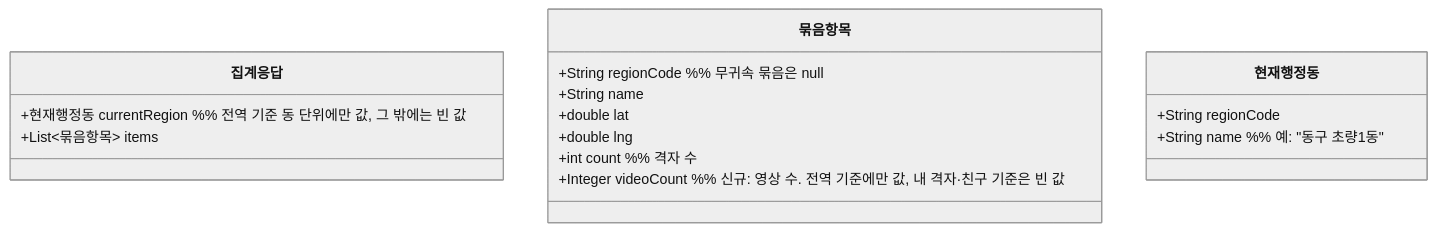
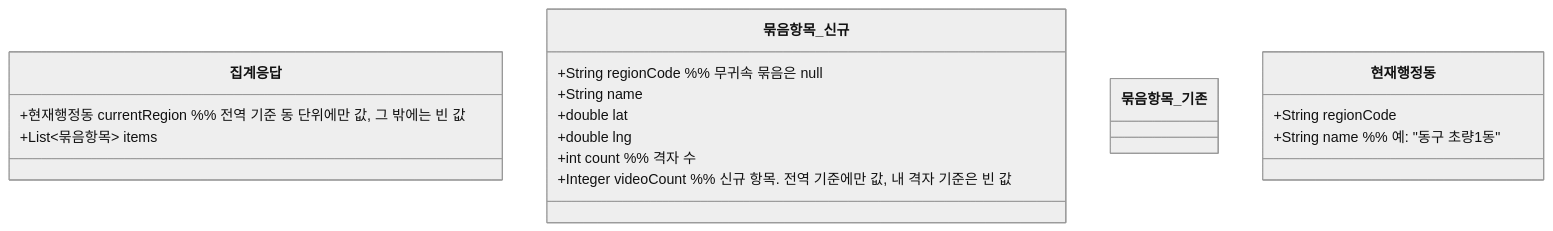
One commit to ASM-MSG/BE changed the second of 2 diagrams in docs/prd/MSG-374-prd.md. Above: the diagram before and after it, drawn with Mermaid (neutral theme). The commit also changed other lines of this file, not shown here.

````diff
--- a/docs/prd/MSG-374-prd.md
+++ b/docs/prd/MSG-374-prd.md
@@ -83,19 +85,22 @@
 ```mermaid
 classDiagram
     class 집계응답 {
         +현재행정동 currentRegion  %% 전역 기준 동 단위에만 값, 그 밖에는 빈 값
         +List~묶음항목~ items
     }
-    class 묶음항목 {
+    class 묶음항목_신규 {
         +String regionCode  %% 무귀속 묶음은 null
         +String name
         +double lat
         +double lng
         +int count  %% 격자 수
-        +Integer videoCount  %% 신규: 영상 수. 전역 기준에만 값, 내 격자·친구 기준은 빈 값
+        +Integer videoCount  %% 신규 항목. 전역 기준에만 값, 내 격자 기준은 빈 값
+    }
+    class 묶음항목_기존 {
+        %% RegionAggregateResponseDto — 친구 조회 전용으로 남는다. 필드 불변
     }
     class 현재행정동 {
         +String regionCode
         +String name  %% 예: "동구 초량1동"
     }
 ```
````
